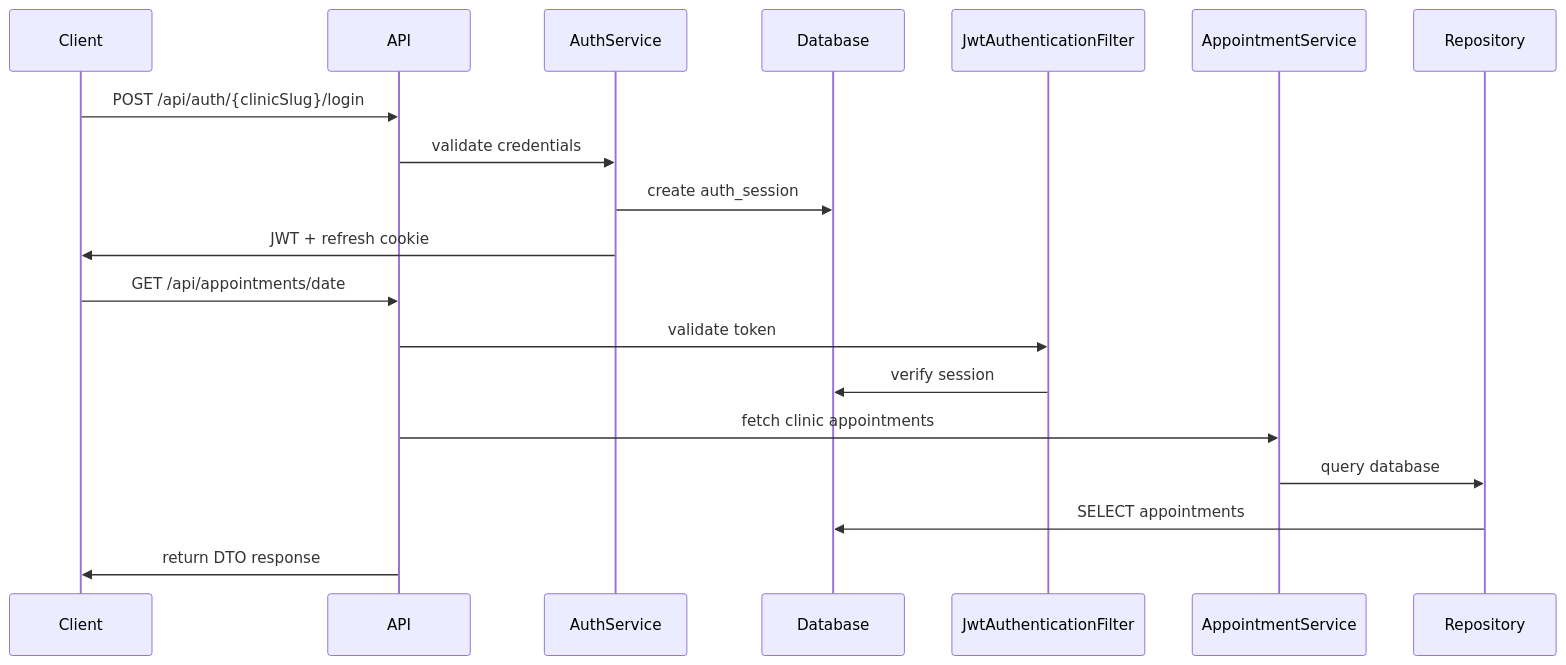
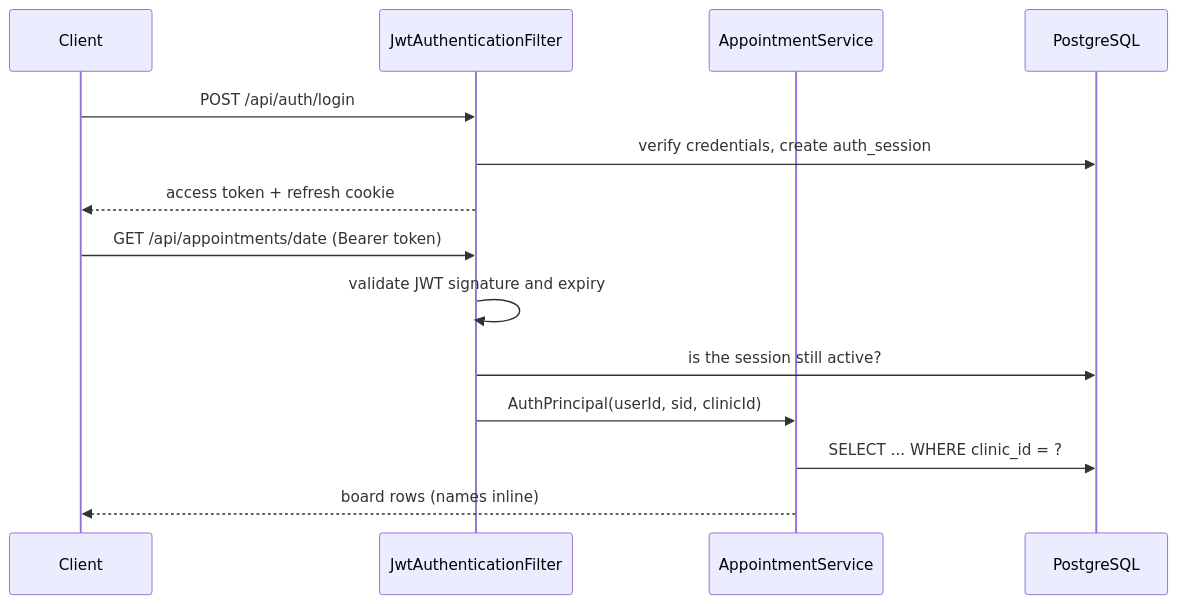
The diagram in README.md (crivera0712/clinic-flow), drawn with Mermaid before and after one commit. The commit also changed other lines of this file, not shown here.

````diff
--- a/README.md
+++ b/README.md
@@ -70,15 +69,18 @@
 ```mermaid
 sequenceDiagram
-Client ->> API: POST /api/auth/{clinicSlug}/login
-API ->> AuthService: validate credentials
-AuthService ->> Database: create auth_session
-AuthService ->> Client: JWT + refresh cookie
+    participant C as Client
+    participant F as JwtAuthenticationFilter
+    participant S as AppointmentService
+    participant DB as PostgreSQL
 
-Client ->> API: GET /api/appointments/date
-API ->> JwtAuthenticationFilter: validate token
-JwtAuthenticationFilter ->> Database: verify session
-API ->> AppointmentService: fetch clinic appointments
-AppointmentService ->> Repository: query database
-Repository ->> Database: SELECT appointments
-API ->> Client: return DTO response
+    C->>F: POST /api/auth/login
+    F->>DB: verify credentials, create auth_session
+    F-->>C: access token + refresh cookie
+
+    C->>F: GET /api/appointments/date (Bearer token)
+    F->>F: validate JWT signature and expiry
+    F->>DB: is the session still active?
+    F->>S: AuthPrincipal(userId, sid, clinicId)
+    S->>DB: SELECT ... WHERE clinic_id = ?
+    S-->>C: board rows (names inline)
 ```
````
